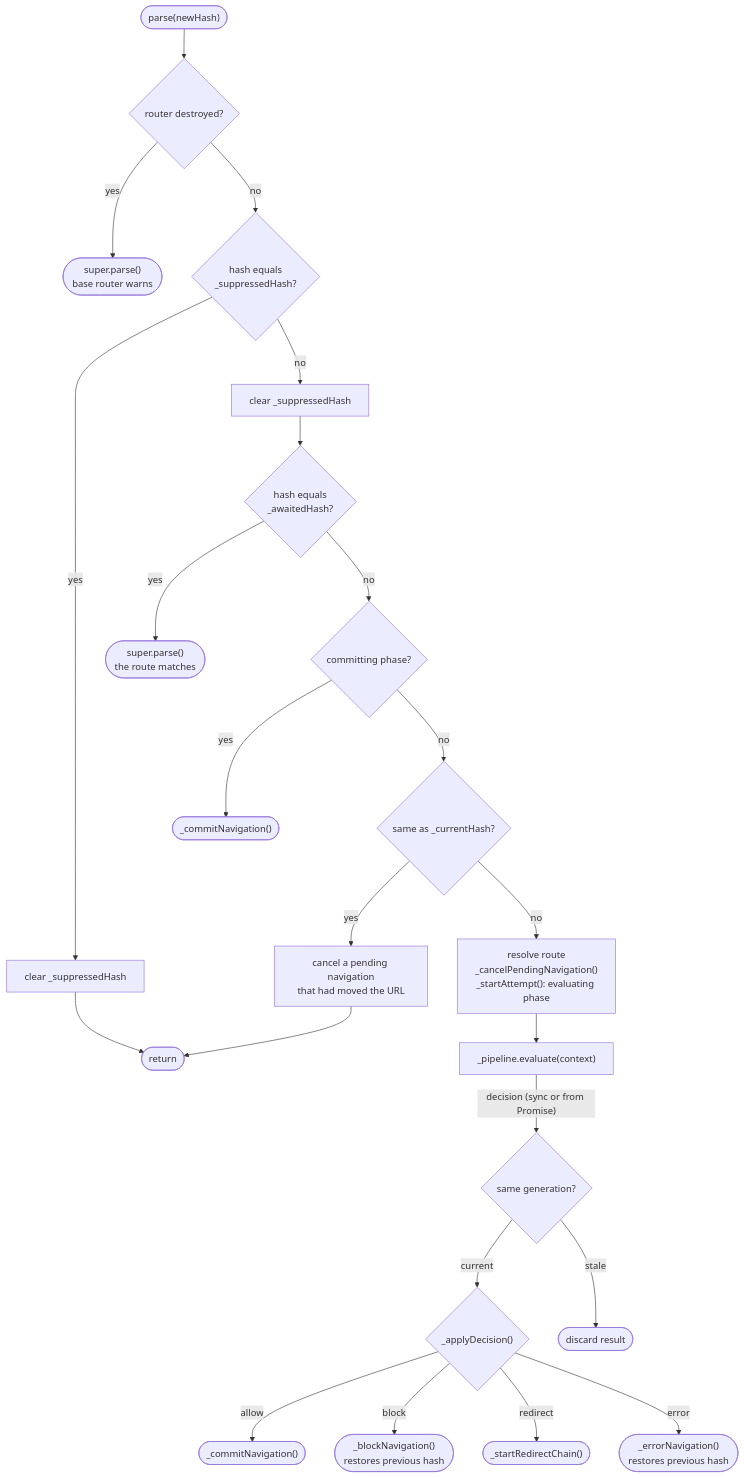
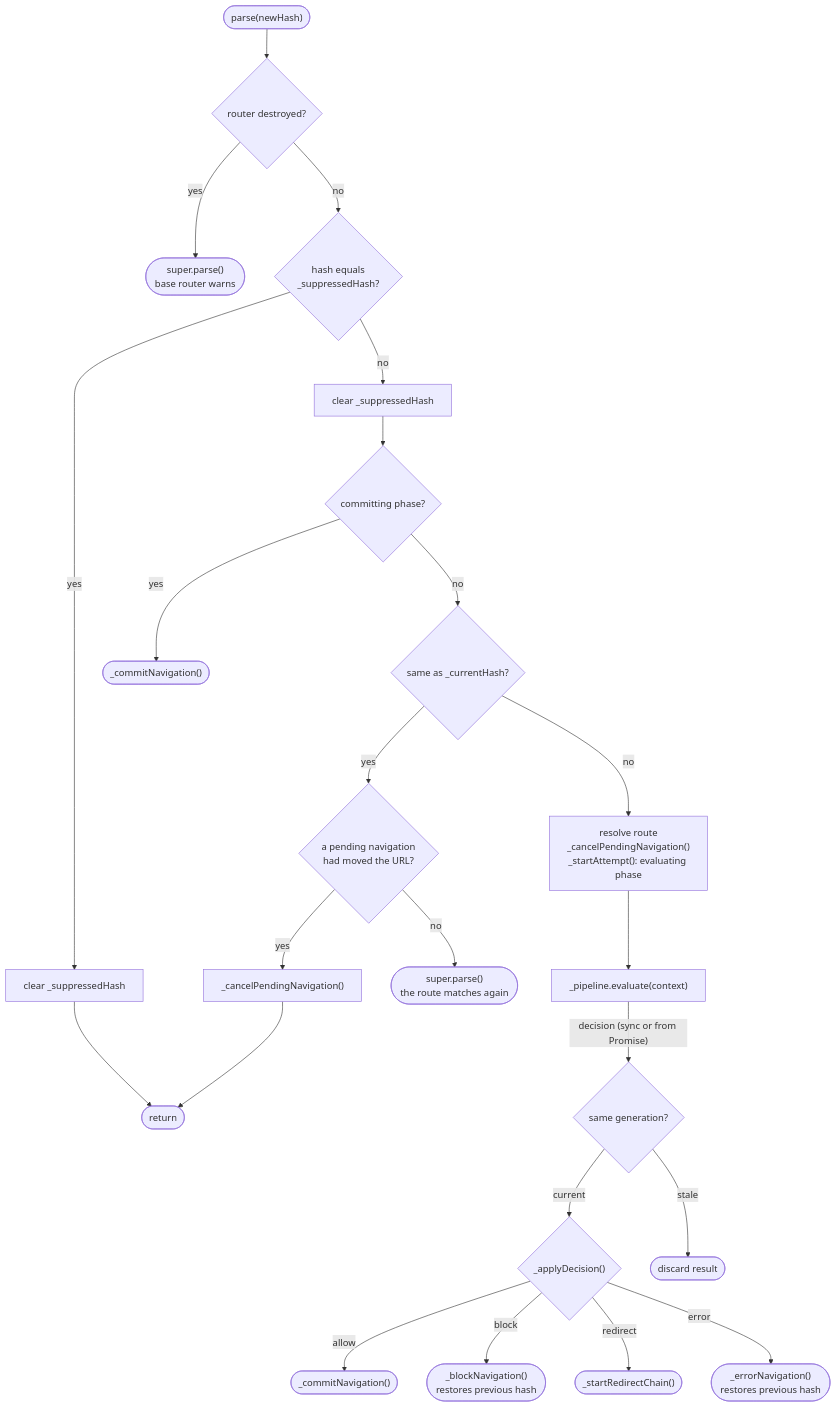
The first of 4 diagrams in docs/reference/architecture.md (wridgeu/ui5-lib-guard-router), drawn with Mermaid before and after one commit. The commit also changed other lines of this file and 18 other files, not shown here.

````diff
--- a/docs/reference/architecture.md
+++ b/docs/reference/architecture.md
@@ -186,24 +190,24 @@
 ```mermaid
 flowchart TD
     start(["parse(newHash)"]) --> destroyed{"router destroyed?"}
     destroyed -- "yes" --> warn(["super.parse()<br/>base router warns"])
     destroyed -- "no" --> suppress{"hash equals<br/>_suppressedHash?"}
     suppress -- "yes" --> sclear["clear _suppressedHash"] --> ret(["return"])
-    suppress -- "no" --> sclear2["clear _suppressedHash"] --> awaited{"hash equals<br/>_awaitedHash?"}
-    awaited -- "yes" --> match(["super.parse()<br/>the route matches"])
-    awaited -- "no" --> redir{committing phase?}
+    suppress -- "no" --> sclear2["clear _suppressedHash"] --> redir{committing phase?}
     redir -- "yes" --> bypass(["_commitNavigation()"])
     redir -- "no" --> samehash{same as _currentHash?}
-    samehash -- "yes" --> canceldup["cancel a pending navigation<br/>that had moved the URL"] --> ret
+    samehash -- "yes" --> moved{"a pending navigation<br/>had moved the URL?"}
+    moved -- "yes" --> canceldup["_cancelPendingNavigation()"] --> ret
+    moved -- "no" --> match(["super.parse()<br/>the route matches again"])
     samehash -- "no" --> setup["resolve route<br/>_cancelPendingNavigation()<br/>_startAttempt(): evaluating phase"]
 
     setup --> evaluate["_pipeline.evaluate(context)"]
     evaluate -- "decision (sync or from Promise)" --> stale{"same generation?"}
     stale -- "current" --> apply{"_applyDecision()"}
     stale -- "stale" --> discard(["discard result"])
 
     apply -- "allow" --> commit(["_commitNavigation()"])
     apply -- "block" --> block(["_blockNavigation()<br/>restores previous hash"])
     apply -- "redirect" --> redirect(["_startRedirectChain()"])
     apply -- "error" --> errornav(["_errorNavigation()<br/>restores previous hash"])
 ```
````
